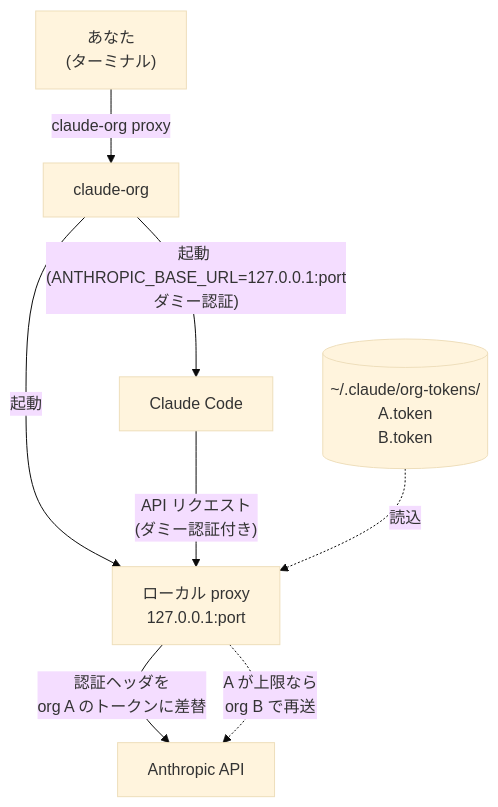
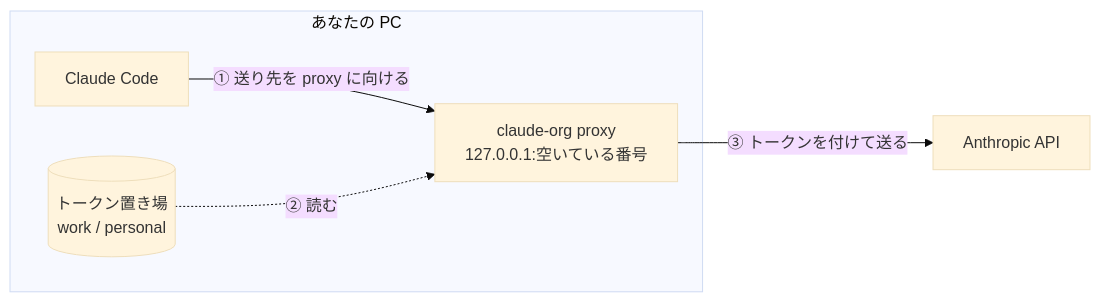
Before and after one commit to miyashita337/zenn-articles: the first of 2 diagrams in articles/claude-org-5h-failover.md, drawn with Mermaid (base theme). The commit also changed other lines of this file and 2 other files, not shown here.

First line of the commit message:
docs: claude-org 記事を社内 LT の内容で書き直す

````diff
--- a/articles/claude-org-5h-failover.md
+++ b/articles/claude-org-5h-failover.md
@@ -76,10 +64,12 @@
 ```mermaid
-flowchart TB
-  U["あなた<br/>(ターミナル)"] -->|claude-org proxy| CO["claude-org"]
-  CO -->|"起動 (ANTHROPIC_BASE_URL=127.0.0.1:port<br/>ダミー認証)"| CC["Claude Code"]
-  CO -->|起動| PX["ローカル proxy<br/>127.0.0.1:port"]
-  CC -->|"API リクエスト<br/>(ダミー認証付き)"| PX
-  T[("~/.claude/org-tokens/<br/>A.token<br/>B.token")] -. 読込 .-> PX
-  PX -->|"認証ヘッダを<br/>org A のトークンに差替"| API["Anthropic API"]
-  PX -.->|"A が上限なら<br/>org B で再送"| API
+flowchart LR
+  subgraph PC["あなたの PC"]
+    CC["Claude Code"]
+    PX["claude-org proxy<br/>127.0.0.1:空いている番号"]
+    T[("トークン置き場<br/>work / personal")]
+  end
+  API["Anthropic API"]
+  CC -->|"① 送り先を proxy に向ける"| PX
+  T -. "② 読む" .-> PX
+  PX -->|"③ トークンを付けて送る"| API
 ```
````
